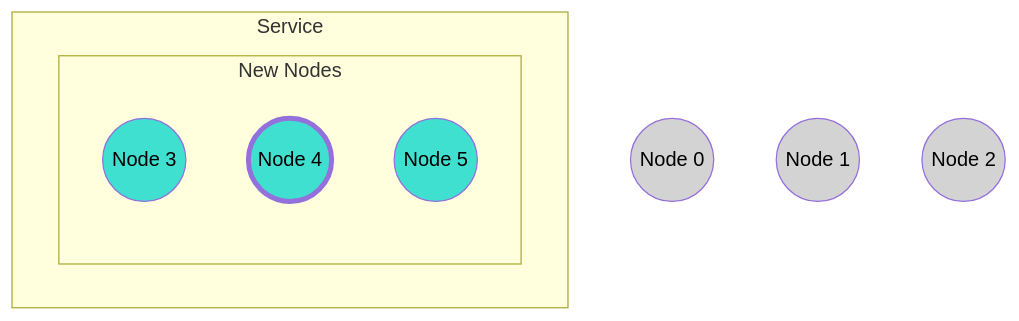
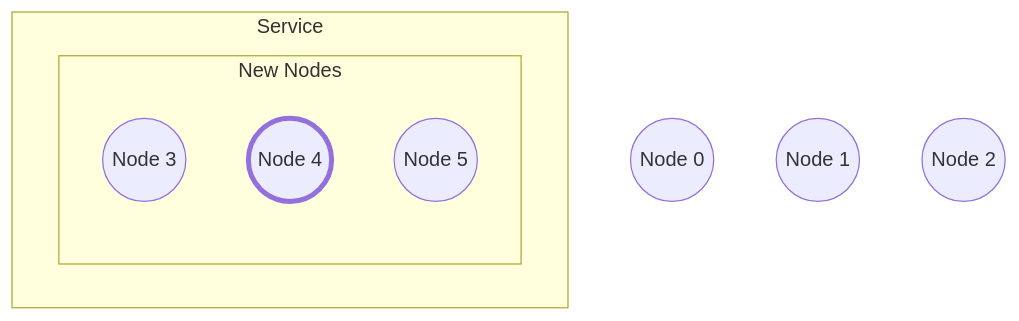
One commit to microsoft/CCF changed the fifth of 6 diagrams in doc/operations/code_upgrade.rst. Above: the diagram before and after it, drawn with Mermaid. The commit also changed other lines of this file and 3 other files, not shown here.

First line of the commit message:
Use Pele defaults for diagram rendering

```diff
--- a/doc/operations/code_upgrade.rst
+++ b/doc/operations/code_upgrade.rst
@@ -136,26 +119,18 @@
 .. mermaid::
 
     graph TB;
-        classDef NewNode fill:Turquoise,color:black
-        classDef RetiredNode fill:LightGray,color:black
         classDef Primary stroke-width:4px
 
         Node0((Node 0))
         Node1((Node 1))
         Node2((Node 2))
-        class Node0 RetiredNode
-        class Node1 RetiredNode
-        class Node2 RetiredNode
 
 
         subgraph Service
             subgraph New Nodes
                 Node3((Node 3))
                 Node4((Node 4))
                 class Node4 Primary
                 Node5((Node 5))
-                class Node3 NewNode
-                class Node4 NewNode
-                class Node5 NewNode
             end
         end
```
